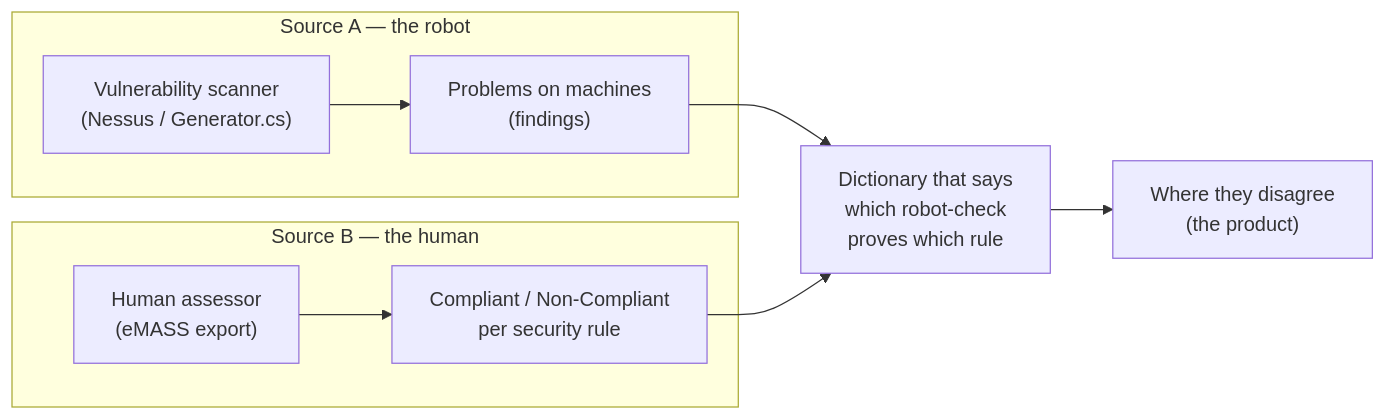
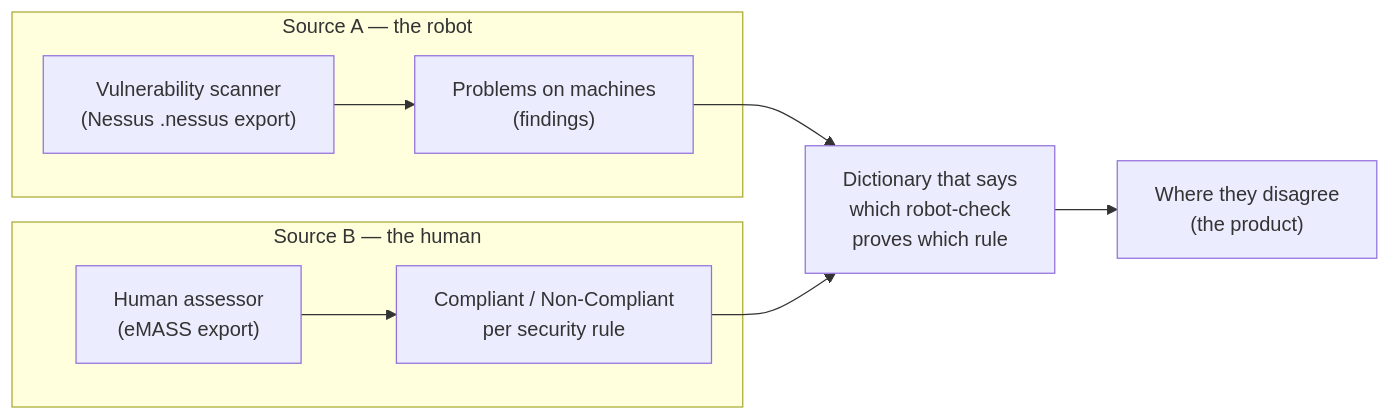
One commit to LeonardSibelius/scan-ingest changed the first of 9 diagrams in OVERVIEW.md. Above: the diagram before and after it, drawn with Mermaid. The commit also changed other lines of this file and 19 other files, not shown here.

````diff
--- a/OVERVIEW.md
+++ b/OVERVIEW.md
@@ -46,20 +46,20 @@
 ```mermaid
 flowchart LR
     subgraph SourceA["Source A — the robot"]
-        Scanner["Vulnerability scanner<br/>(Nessus / Generator.cs)"]
+        Scanner["Vulnerability scanner<br/>(Nessus .nessus export)"]
         Findings["Problems on machines<br/>(findings)"]
         Scanner --> Findings
     end
 
     subgraph SourceB["Source B — the human"]
         Assessor["Human assessor<br/>(eMASS export)"]
         Status["Compliant / Non-Compliant<br/>per security rule"]
         Assessor --> Status
     end
 
     Bridge["Dictionary that says<br/>which robot-check<br/>proves which rule"]
 
     Findings --> Bridge
     Status --> Bridge
     Bridge --> Report["Where they disagree<br/>(the product)"]
 ```
````
